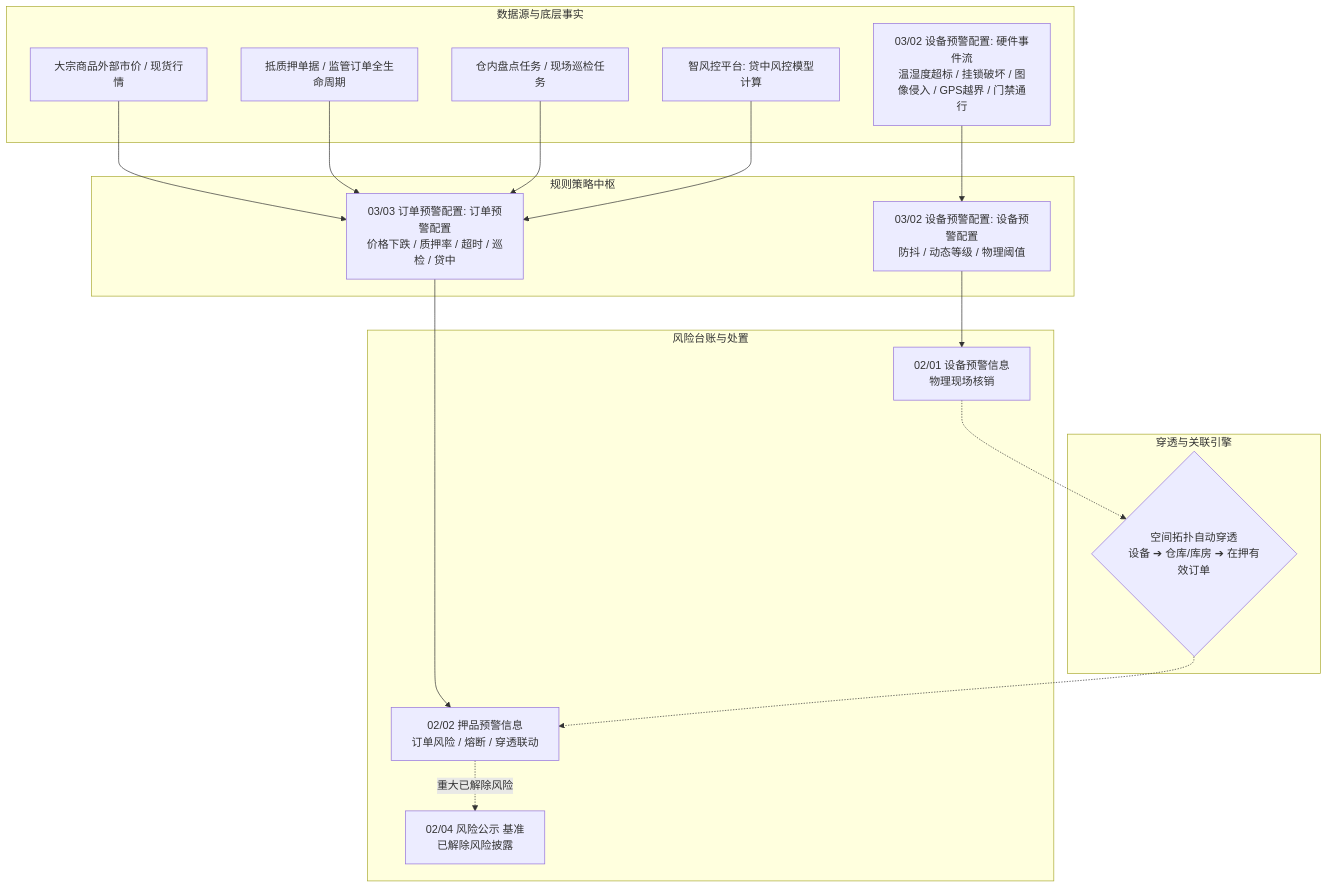
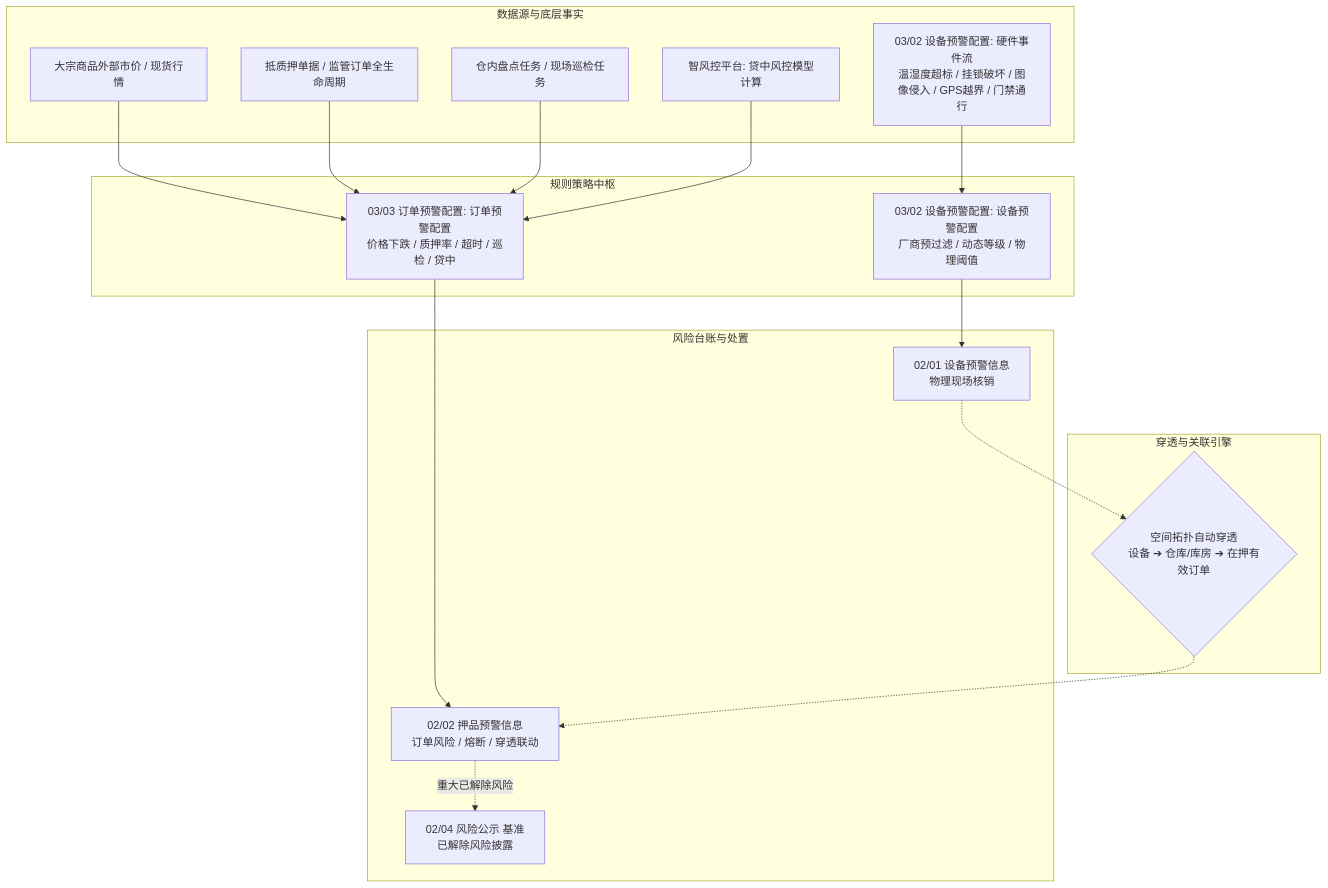
The first of 2 diagrams in 02-PRD文档/B-迭代需求/6.2版本（2026.08）/02-预警信息/协同规范/通知模板.md (RobertHuang999/SYZC), drawn with Mermaid before and after one commit. The commit also changed other lines of this file and 121 other files, not shown here.

````diff
--- a/02-PRD文档/B-迭代需求/6.2版本（2026.08）/02-预警信息/协同规范/通知模板.md
+++ b/02-PRD文档/B-迭代需求/6.2版本（2026.08）/02-预警信息/协同规范/通知模板.md
@@ -19,30 +19,30 @@
 ```mermaid
 flowchart TD
     subgraph S1[数据源与底层事实]
         MKT[大宗商品外部市价 / 现货行情]
         BIZ_DOC[抵质押单据 / 监管订单全生命周期]
         CHK_TASK[仓内盘点任务 / 现场巡检任务]
         ZFK[智风控平台: 贷中风控模型计算]
         IOT_SYS[03/02 设备预警配置: 硬件事件流<br>温湿度超标 / 挂锁破坏 / 图像侵入 / GPS越界 / 门禁通行]
     end
 
     subgraph S2[规则策略中枢]
         CFG_FIN[03/03 订单预警配置: 订单预警配置<br>价格下跌 / 质押率 / 超时 / 巡检 / 贷中]
-        CFG_IOT[03/02 设备预警配置: 设备预警配置<br>防抖 / 动态等级 / 物理阈值]
+        CFG_IOT[03/02 设备预警配置: 设备预警配置<br>厂商预过滤 / 动态等级 / 物理阈值]
     end
 
     subgraph S3[穿透与关联引擎]
         PENETRATE{空间拓扑自动穿透<br>设备 ➔ 仓库/库房 ➔ 在押有效订单}
     end
 
     subgraph S4[风险台账与处置]
         INFO_DEV[02/01 设备预警信息<br>物理现场核销]
         INFO_COL[02/02 押品预警信息<br>订单风险 / 熔断 / 穿透联动]
         INFO_PUB[02/04 风险公示 基准<br>已解除风险披露]
     end
 
     MKT & BIZ_DOC & CHK_TASK & ZFK --> CFG_FIN --> INFO_COL
     IOT_SYS --> CFG_IOT --> INFO_DEV
     INFO_DEV -.-> PENETRATE -.-> INFO_COL
     INFO_COL -.重大已解除风险.-> INFO_PUB
 ```
````
